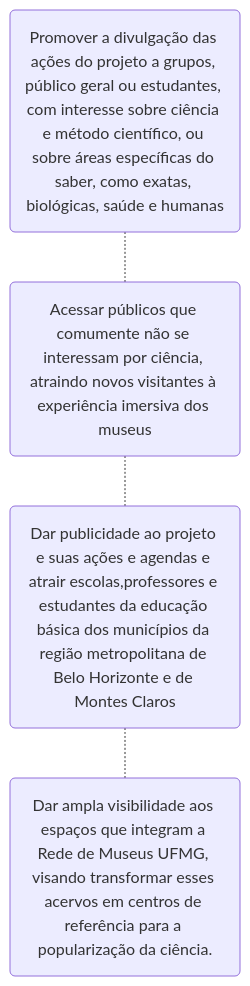
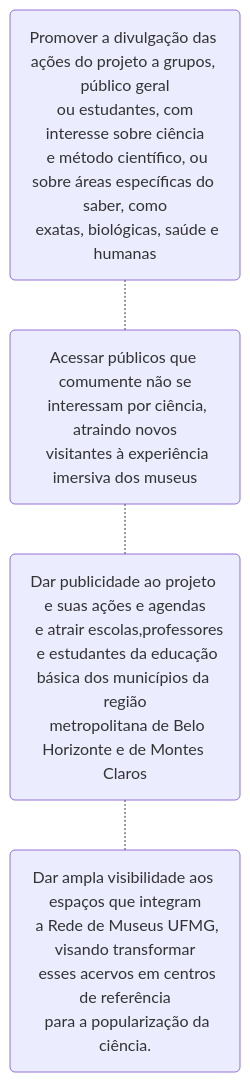
Before and after one commit to rededemuseus/temciencianomuseuwiki: the first of 4 diagrams in src/site/notes/02_Produtos/Apresentação do projeto para professores.md, drawn with Mermaid. The commit also changed other lines of this file, not shown here.

Commit message:
Update content src/site/notes/02_Produtos/Apresentação do projeto para professores.md

````diff
--- a/src/site/notes/02_Produtos/Apresentação do projeto para professores.md
+++ b/src/site/notes/02_Produtos/Apresentação do projeto para professores.md
@@ -27,14 +27,14 @@
 ```mermaid 
 graph TB
-A(Promover a divulgação das ações do projeto a grupos, público geral ou estudantes, com interesse sobre ciência e método científico, ou sobre áreas específicas do saber, como exatas, biológicas, saúde e humanas);
+A(Promover a divulgação das ações do projeto a grupos, público geral</br> ou estudantes, com interesse sobre ciência</br>  e método científico, ou sobre áreas específicas do saber, como</br>  exatas, biológicas, saúde e humanas);
 
-B(Acessar públicos que comumente não se interessam por ciência, atraindo novos visitantes à experiência imersiva dos museus);
+B(Acessar públicos que comumente não se</br>  interessam por ciência, atraindo novos</br>  visitantes à experiência imersiva dos museus);
 
-C(Dar publicidade ao projeto e suas ações e agendas e atrair escolas,professores e estudantes da educação básica dos municípios da região metropolitana de Belo Horizonte e de Montes Claros);
+C(Dar publicidade ao projeto e suas ações e agendas</br>  e atrair escolas,professores</br>  e estudantes da educação básica dos municípios da região</br>  metropolitana de Belo Horizonte e de Montes Claros);
 
-D(Dar ampla visibilidade aos espaços que integram a Rede de Museus UFMG, visando transformar esses acervos em centros de referência para a popularização da ciência.)
+D(Dar ampla visibilidade aos espaços que integram</br>  a Rede de Museus UFMG, visando transformar</br>  esses acervos em centros de referência</br>  para a popularização da ciência.)
 
 A -.- B
 B -.- C
 C -.- D
 ```
````
